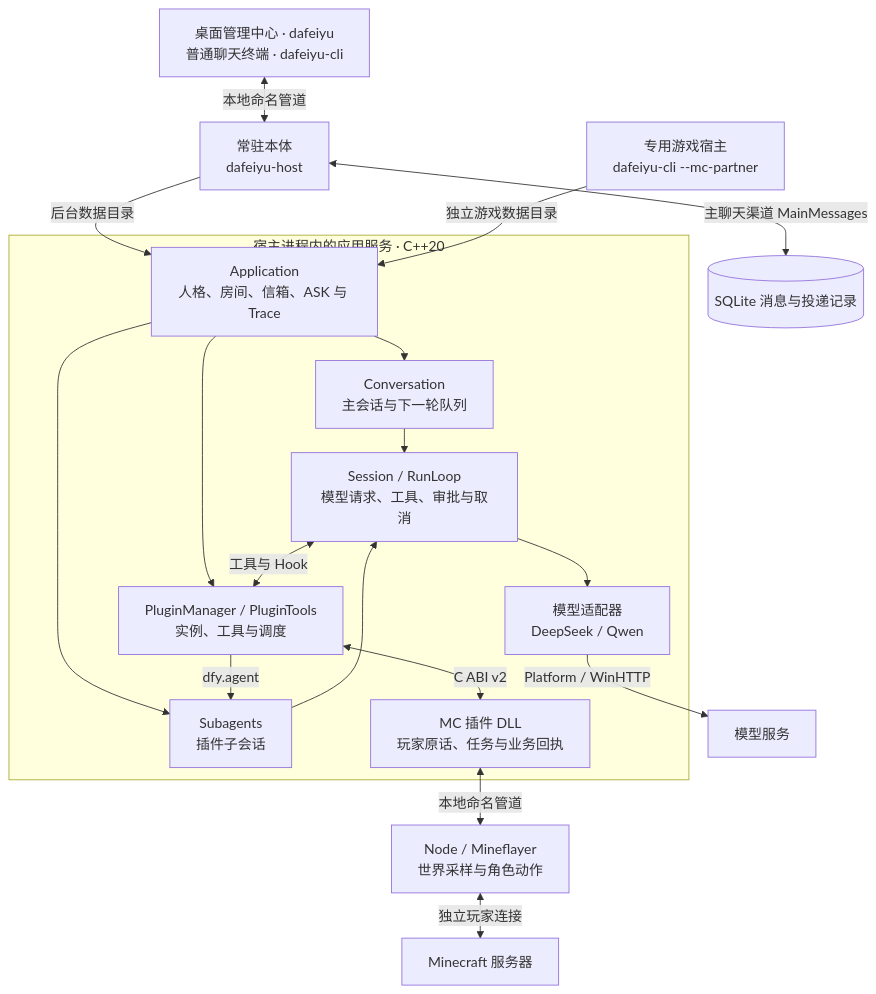
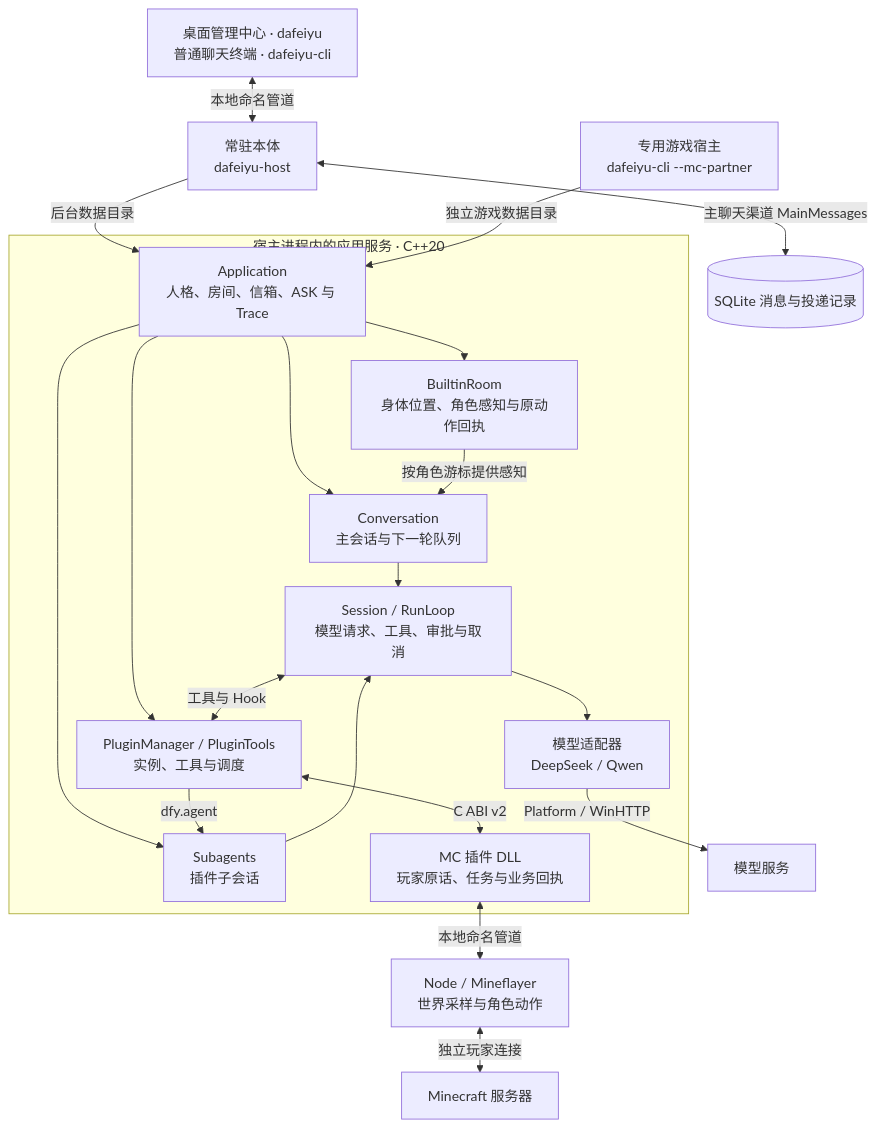
The first of 5 diagrams in docs/architecture.md (AuraKaliya/DaFeiYu-), drawn with Mermaid before and after one commit. The commit also changed other lines of this file and 3 other files, not shown here.

````diff
--- a/docs/architecture.md
+++ b/docs/architecture.md
@@ -60,36 +60,38 @@
 ```mermaid
 ---
 config:
   flowchart:
     rankSpacing: 28
     nodeSpacing: 24
 ---
 flowchart TB
     Clients["桌面管理中心 · dafeiyu<br/>普通聊天终端 · dafeiyu-cli"]
     Clients <-->|本地命名管道| Resident["常驻本体<br/>dafeiyu-host"]
     Resident <-->|主聊天渠道 MainMessages| Messages[(SQLite 消息与投递记录)]
     Resident -->|后台数据目录| App
     GameHost["专用游戏宿主<br/>dafeiyu-cli --mc-partner"] -->|独立游戏数据目录| App
 
     subgraph Host["宿主进程内的应用服务 · C++20"]
         App["Application<br/>人格、房间、信箱、ASK 与 Trace"]
         Main["Conversation<br/>主会话与下一轮队列"]
         Child["Subagents<br/>插件子会话"]
         Run["Session / RunLoop<br/>模型请求、工具、审批与取消"]
         Plugins["PluginManager / PluginTools<br/>实例、工具与调度"]
         Mc["MC 插件 DLL<br/>玩家原话、任务与业务回执"]
         App --> Main
+        App --> Room["BuiltinRoom<br/>身体位置、角色感知与原动作回执"]
+        Room -->|按角色游标提供感知| Main
         App --> Child
         App --> Plugins
         Main --> Run
         Child --> Run
         Plugins -->|dfy.agent| Child
         Run <-->|工具与 Hook| Plugins
         Plugins <-->|C ABI v2| Mc
         Run --> Model["模型适配器<br/>DeepSeek / Qwen"]
     end
 
     Model -->|Platform / WinHTTP| Service["模型服务"]
     Mc <-->|本地命名管道| Bridge["Node / Mineflayer<br/>世界采样与角色动作"]
     Bridge <-->|独立玩家连接| Minecraft["Minecraft 服务器"]
 ```
````
